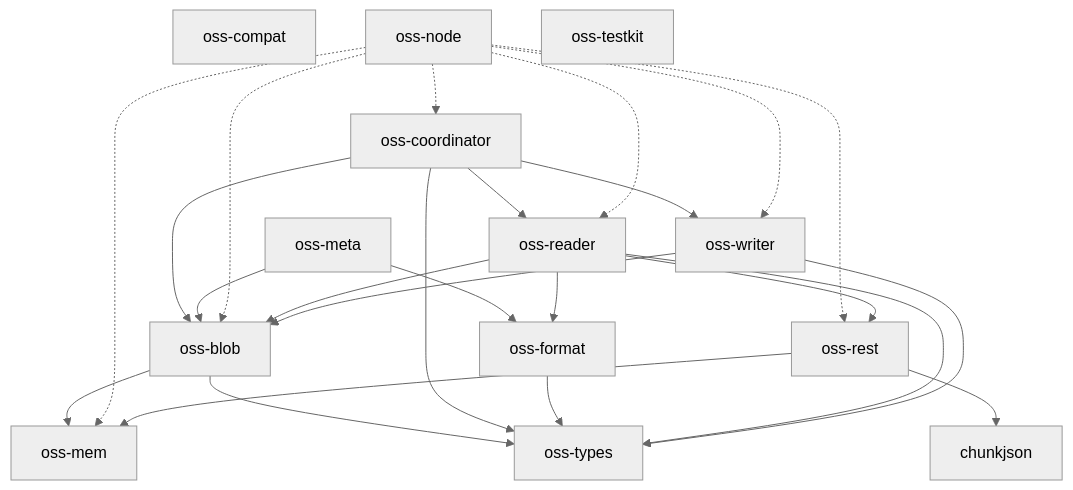
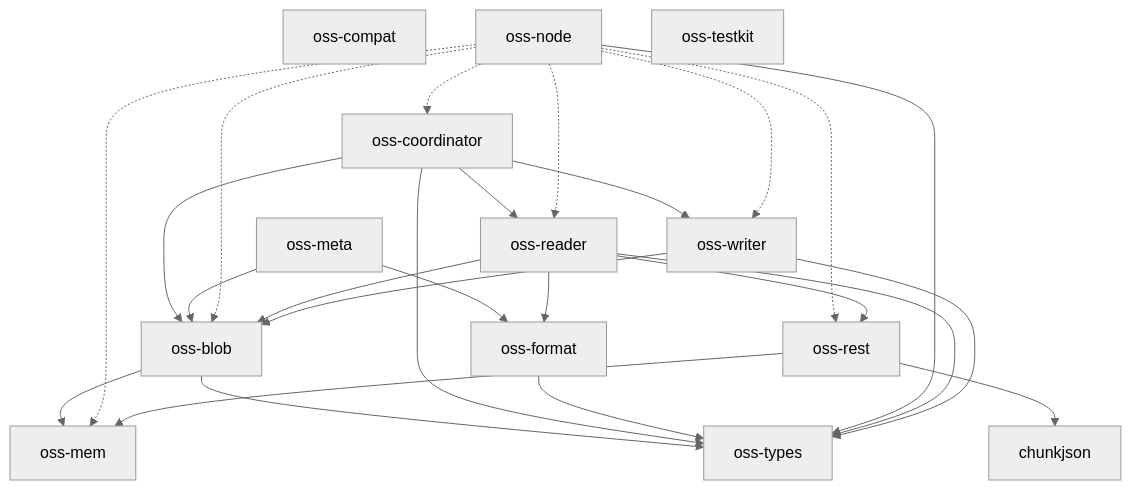
One commit to huyz0/opensearch-serverless changed the diagram in docs/architecture.md. Above: the diagram before and after it, drawn with Mermaid (neutral theme). The commit also changed 29 other files, not shown here.

````diff
--- a/docs/architecture.md
+++ b/docs/architecture.md
@@ -10,31 +10,32 @@
 ```mermaid
 graph TD
     chunkjson
     oss-blob --> oss-mem
     oss-blob --> oss-types
     oss-compat
     oss-coordinator --> oss-blob
     oss-coordinator --> oss-reader
     oss-coordinator --> oss-types
     oss-coordinator --> oss-writer
     oss-format --> oss-types
     oss-mem
     oss-meta --> oss-blob
     oss-meta --> oss-format
     oss-node -.-> oss-blob
     oss-node -.-> oss-coordinator
     oss-node -.-> oss-mem
     oss-node -.-> oss-reader
     oss-node -.-> oss-rest
+    oss-node --> oss-types
     oss-node -.-> oss-writer
     oss-reader --> oss-blob
     oss-reader --> oss-format
     oss-reader --> oss-rest
     oss-reader --> oss-types
     oss-rest --> chunkjson
     oss-rest --> oss-mem
     oss-testkit
     oss-types
     oss-writer --> oss-blob
     oss-writer --> oss-types
 ```
````
